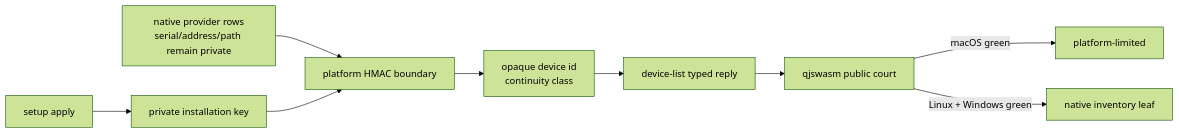
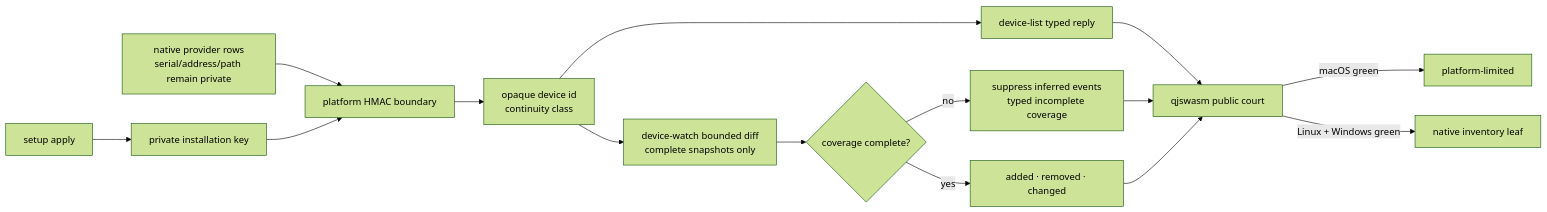
Before and after one commit to partnernetsoftware/agenterm: the ninth of 9 diagrams in prd/PRD_02_28_agenterm_cu.md, drawn with Mermaid (forest theme). The commit also changed other lines of this file and 2 other files, not shown here.

Commit message:
prd: define bounded device watch frontier

````diff
--- a/prd/PRD_02_28_agenterm_cu.md
+++ b/prd/PRD_02_28_agenterm_cu.md
@@ -1331,9 +1349,14 @@
 ```mermaid
 flowchart LR
   S["setup apply"] --> K["private installation key"]
   N["native provider rows<br/>serial/address/path remain private"] --> H["platform HMAC boundary"]
   K --> H --> P["opaque device id<br/>continuity class"]
   P --> Q["device-list typed reply"] --> C["qjswasm public court"]
+  P --> W["device-watch bounded diff<br/>complete snapshots only"]
+  W --> WC{"coverage complete?"}
+  WC -->|no| WS["suppress inferred events<br/>typed incomplete coverage"]
+  WC -->|yes| WE["added · removed · changed"]
+  WS & WE --> C
   C -->|macOS green| M["platform-limited"]
   C -->|Linux + Windows green| V["native inventory leaf"]
 ```
````
